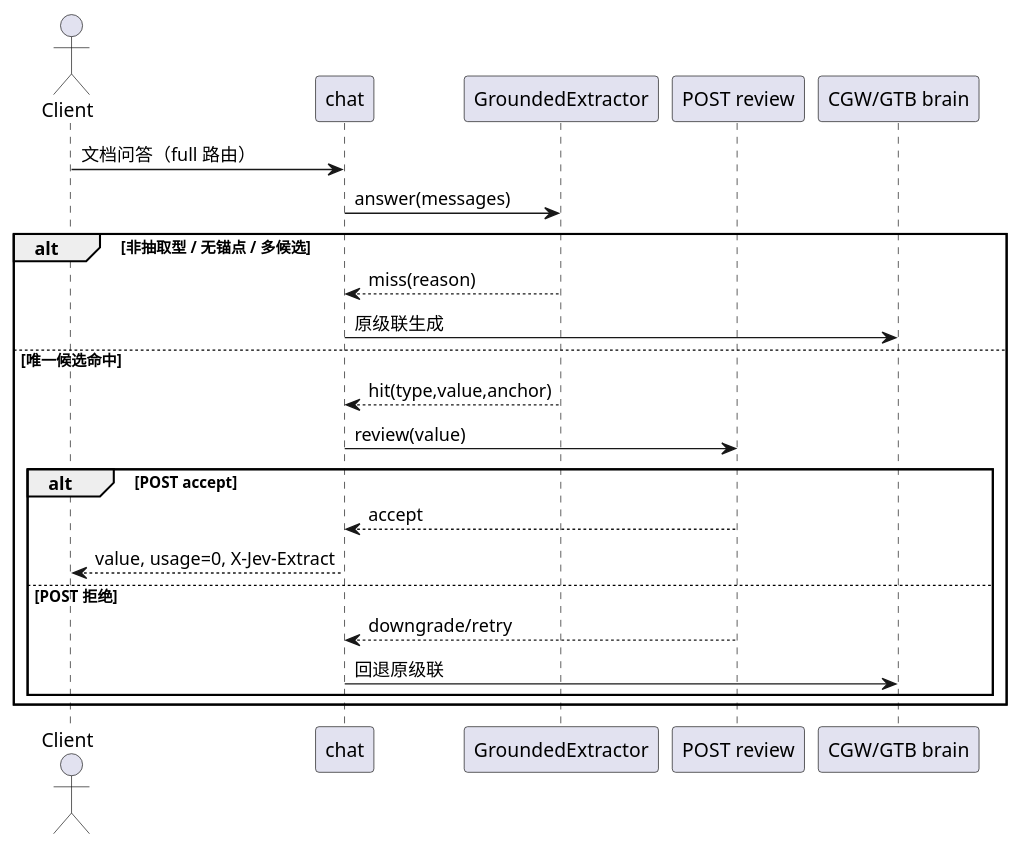
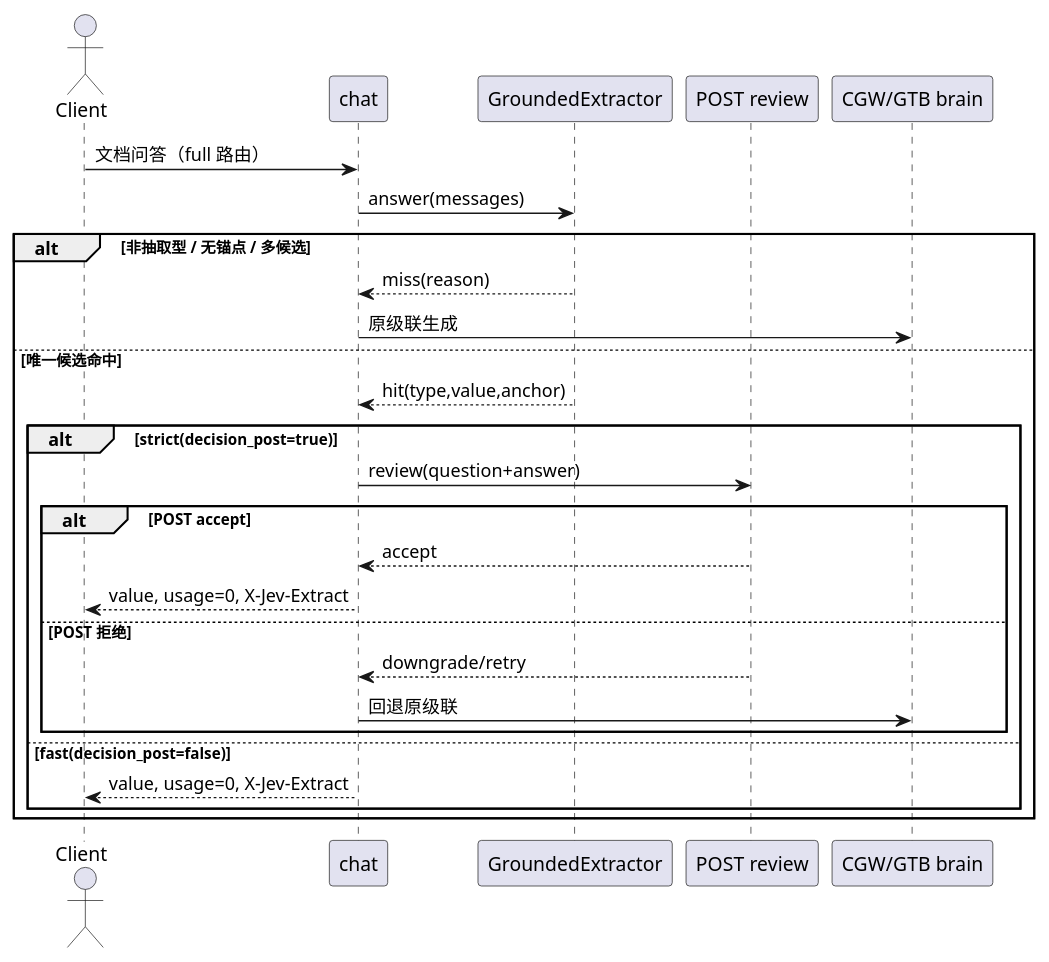
The first of 2 diagrams in specs/changes/AR020-grounded-extractive-fast-path/design.md (ShaneLiu04/edge-jev), drawn with PlantUML before and after one commit. The commit also changed other lines of this file and 18 other files, not shown here.

````diff
--- a/specs/changes/AR020-grounded-extractive-fast-path/design.md
+++ b/specs/changes/AR020-grounded-extractive-fast-path/design.md
@@ -12,26 +12,30 @@
 ```plantuml
 @startuml
 actor Client
 participant "chat" as C
 participant "GroundedExtractor" as E
 participant "POST review" as P
 participant "CGW/GTB brain" as B
 
 Client -> C : 文档问答（full 路由）
 C -> E : answer(messages)
 alt 非抽取型 / 无锚点 / 多候选
   E --> C : miss(reason)
   C -> B : 原级联生成
 else 唯一候选命中
   E --> C : hit(type,value,anchor)
-  C -> P : review(value)
-  alt POST accept
-    P --> C : accept
+  alt strict(decision_post=true)
+    C -> P : review(question+answer)
+    alt POST accept
+      P --> C : accept
+      C --> Client : value, usage=0, X-Jev-Extract
+    else POST 拒绝
+      P --> C : downgrade/retry
+      C -> B : 回退原级联
+    end
+  else fast(decision_post=false)
     C --> Client : value, usage=0, X-Jev-Extract
-  else POST 拒绝
-    P --> C : downgrade/retry
-    C -> B : 回退原级联
   end
 end
 @enduml
 ```
````
